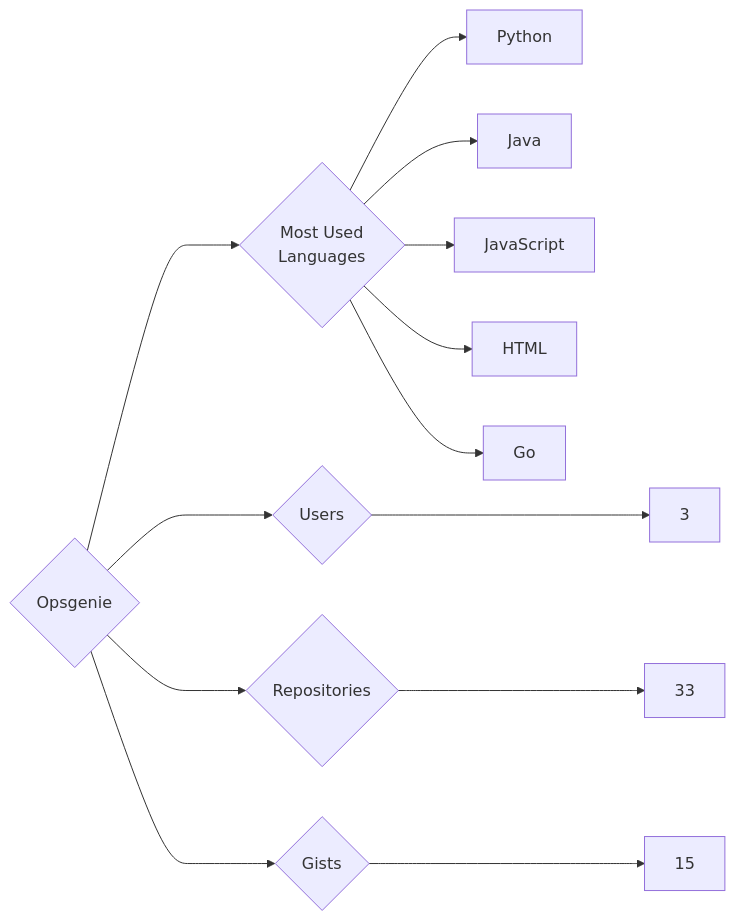
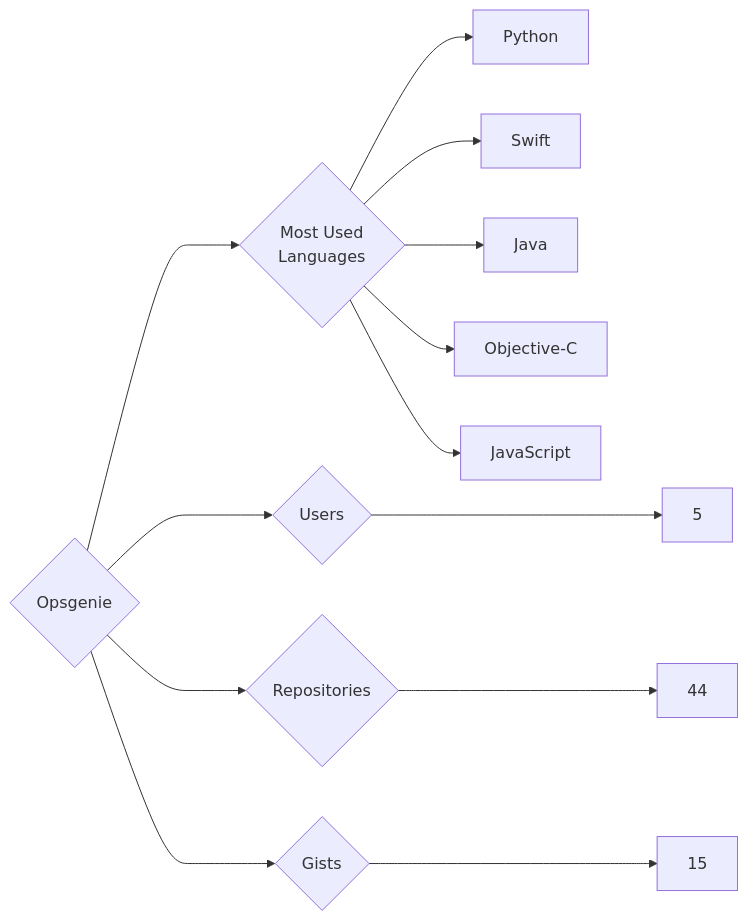
The diagram in targets/Opsgenie/README.md (trickest/insiders), drawn with Mermaid before and after one commit. The commit also changed 1011 other files, not shown here.

````diff
--- a/targets/Opsgenie/README.md
+++ b/targets/Opsgenie/README.md
@@ -3,13 +3,13 @@
 ```mermaid
 graph LR
 COMPANY_NAME{Opsgenie}
-COMPANY_NAME ---> U{Users} ---> UN[3]
-COMPANY_NAME ---> R{Repositories} ---> RN[33]
+COMPANY_NAME ---> U{Users} ---> UN[5]
+COMPANY_NAME ---> R{Repositories} ---> RN[44]
 COMPANY_NAME ---> G{Gists} ---> GN[15]
 COMPANY_NAME ---> ML{Most Used<br>Languages}
 ML --> Python[Python]
+ML --> Swift[Swift]
 ML --> Java[Java]
+ML --> Objective-C[Objective-C]
 ML --> JavaScript[JavaScript]
-ML --> HTML[HTML]
-ML --> Go[Go]
 ```
````
